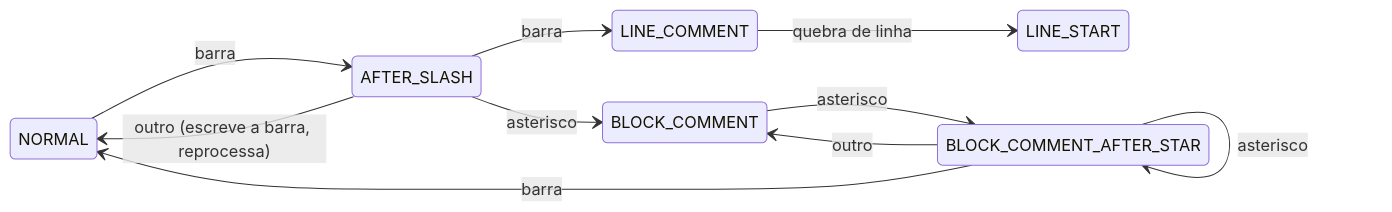
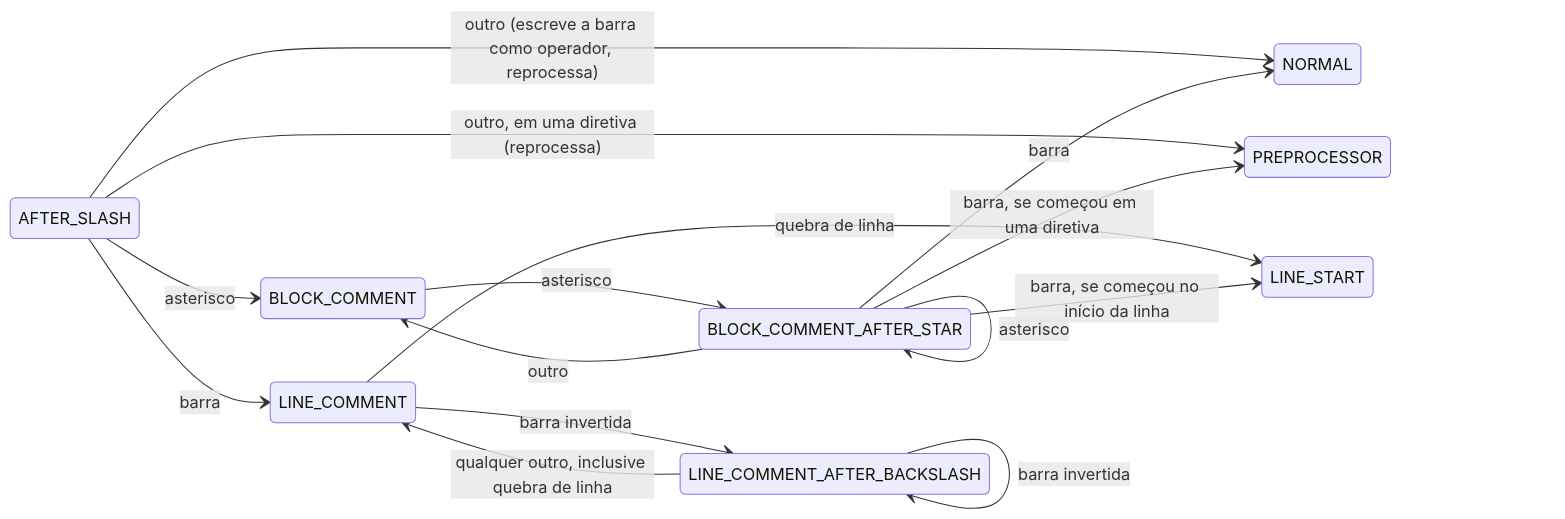
One commit to castlelli/mac0122 changed the sixth of 8 diagrams in README.pt-BR.md. Above: the diagram before and after it, drawn with Mermaid. The commit also changed other lines of this file and 2 other files, not shown here.

````diff
--- a/README.pt-BR.md
+++ b/README.pt-BR.md
@@ -239,13 +285,18 @@
 ```mermaid
 stateDiagram-v2
     direction LR
-    NORMAL --> AFTER_SLASH : barra
-    AFTER_SLASH --> NORMAL : outro (escreve a barra, reprocessa)
     AFTER_SLASH --> LINE_COMMENT : barra
+    AFTER_SLASH --> BLOCK_COMMENT : asterisco
+    AFTER_SLASH --> NORMAL : outro (escreve a barra como operador, reprocessa)
+    AFTER_SLASH --> PREPROCESSOR : outro, em uma diretiva (reprocessa)
     LINE_COMMENT --> LINE_START : quebra de linha
-    AFTER_SLASH --> BLOCK_COMMENT : asterisco
+    LINE_COMMENT --> LINE_COMMENT_AFTER_BACKSLASH : barra invertida
+    LINE_COMMENT_AFTER_BACKSLASH --> LINE_COMMENT_AFTER_BACKSLASH : barra invertida
+    LINE_COMMENT_AFTER_BACKSLASH --> LINE_COMMENT : qualquer outro, inclusive quebra de linha
     BLOCK_COMMENT --> BLOCK_COMMENT_AFTER_STAR : asterisco
     BLOCK_COMMENT_AFTER_STAR --> BLOCK_COMMENT_AFTER_STAR : asterisco
     BLOCK_COMMENT_AFTER_STAR --> BLOCK_COMMENT : outro
     BLOCK_COMMENT_AFTER_STAR --> NORMAL : barra
+    BLOCK_COMMENT_AFTER_STAR --> LINE_START : barra, se começou no início da linha
+    BLOCK_COMMENT_AFTER_STAR --> PREPROCESSOR : barra, se começou em uma diretiva
 ```
````
